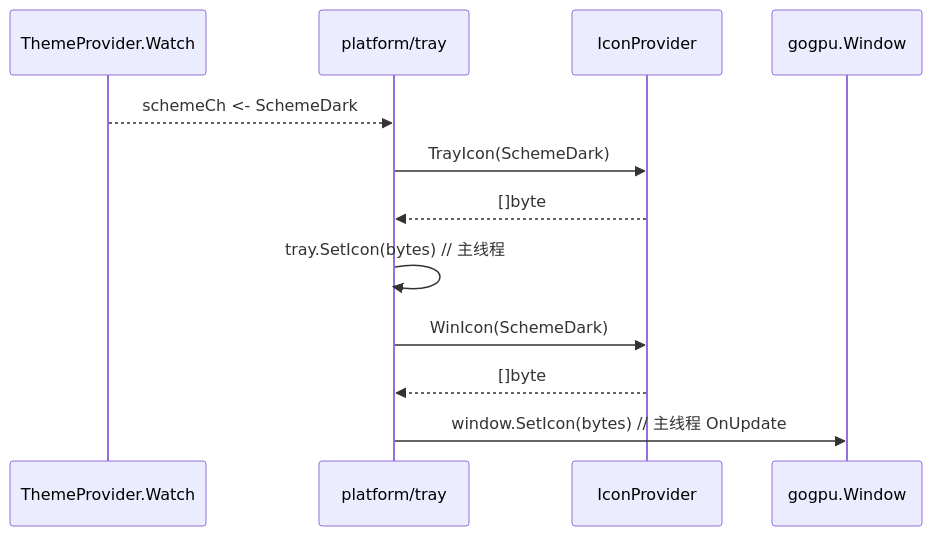
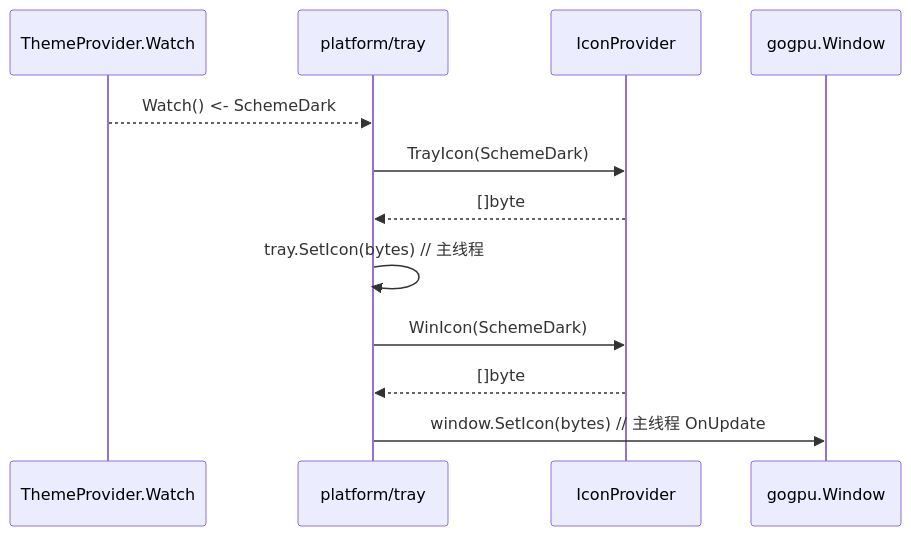
Before and after one commit to shaolei/DeskCalendar: the third of 4 diagrams in docs/40-Theme/Icon.md, drawn with Mermaid. The commit also changed 7 other files, not shown here.

````diff
--- a/docs/40-Theme/Icon.md
+++ b/docs/40-Theme/Icon.md
@@ -121,15 +121,15 @@
 ```mermaid
 sequenceDiagram
     participant TP as ThemeProvider.Watch
     participant PL as platform/tray
     participant IP as IconProvider
     participant Win as gogpu.Window
 
-    TP-->>PL: schemeCh <- SchemeDark
+    TP-->>PL: Watch() <- SchemeDark
     PL->>IP: TrayIcon(SchemeDark)
     IP-->>PL: []byte
     PL->>PL: tray.SetIcon(bytes)  // 主线程
     PL->>IP: WinIcon(SchemeDark)
     IP-->>PL: []byte
     PL->>Win: window.SetIcon(bytes) // 主线程 OnUpdate
 ```
````
